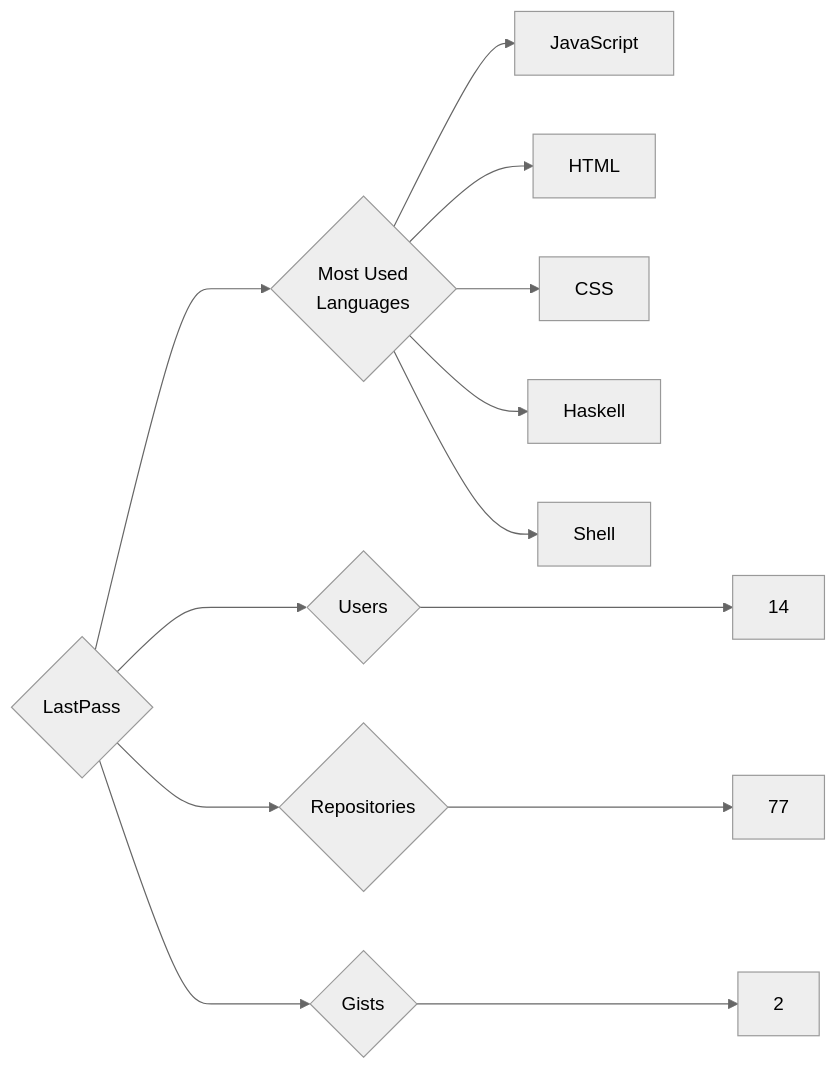
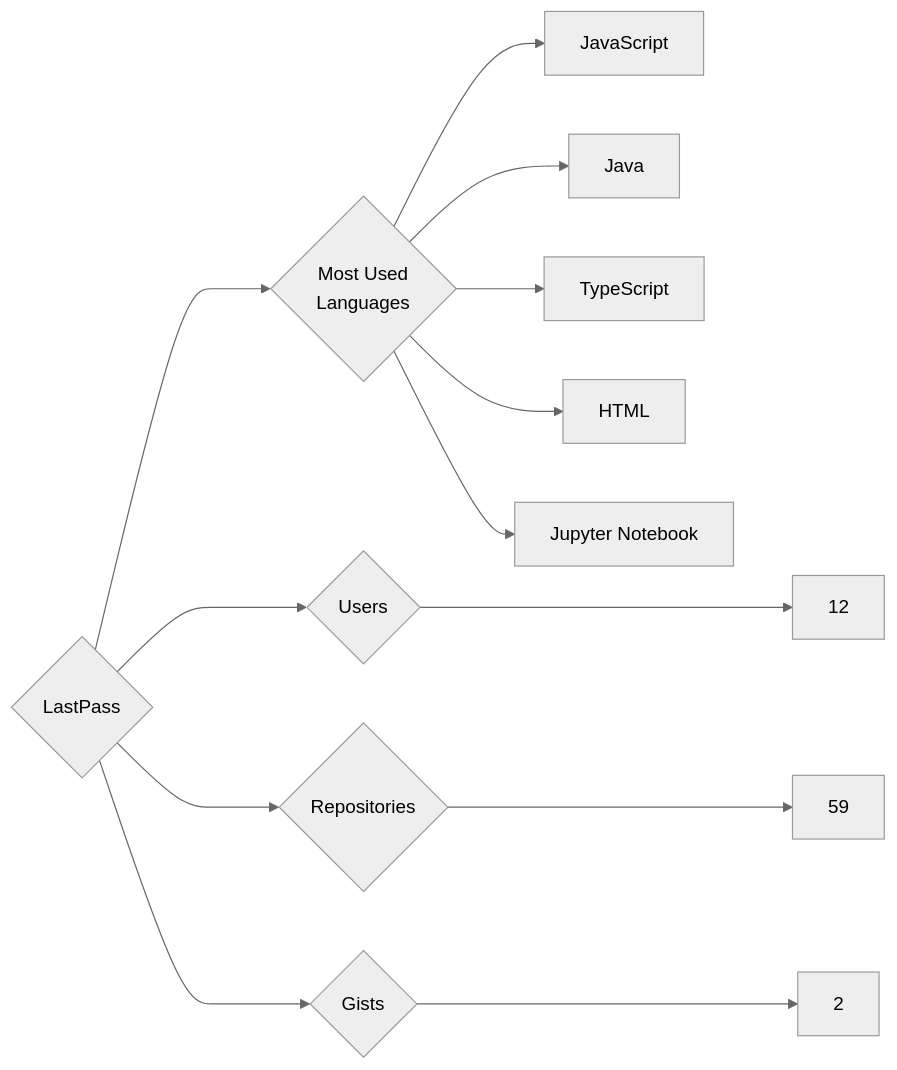
One commit to trickest/insiders changed the diagram in targets/LastPass/README.md. Above: the diagram before and after it, drawn with Mermaid (neutral theme). The commit also changed 682 other files, not shown here.

````diff
--- a/targets/LastPass/README.md
+++ b/targets/LastPass/README.md
@@ -3,13 +3,13 @@
 ```mermaid
 graph LR
 COMPANY_NAME{LastPass}
-COMPANY_NAME ---> U{Users} ---> UN[14]
-COMPANY_NAME ---> R{Repositories} ---> RN[77]
+COMPANY_NAME ---> U{Users} ---> UN[12]
+COMPANY_NAME ---> R{Repositories} ---> RN[59]
 COMPANY_NAME ---> G{Gists} ---> GN[2]
 COMPANY_NAME ---> ML{Most Used<br>Languages}
 ML --> JavaScript[JavaScript]
+ML --> Java[Java]
+ML --> TypeScript[TypeScript]
 ML --> HTML[HTML]
-ML --> CSS[CSS]
-ML --> Haskell[Haskell]
-ML --> Shell[Shell]
+ML --> Jupyter_Notebook[Jupyter Notebook]
 ```
````
